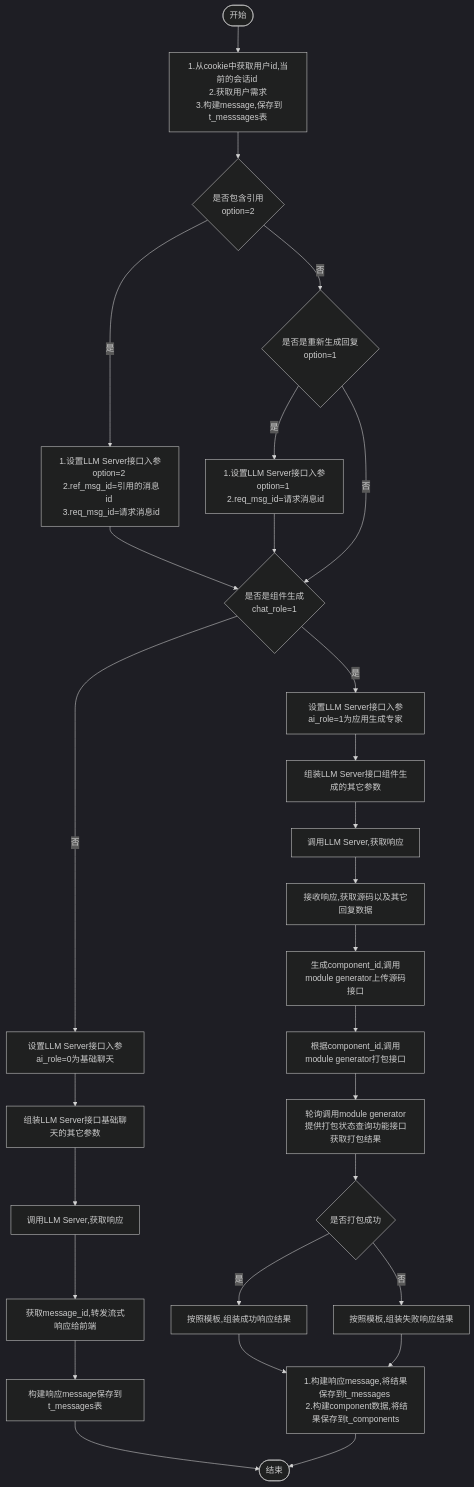
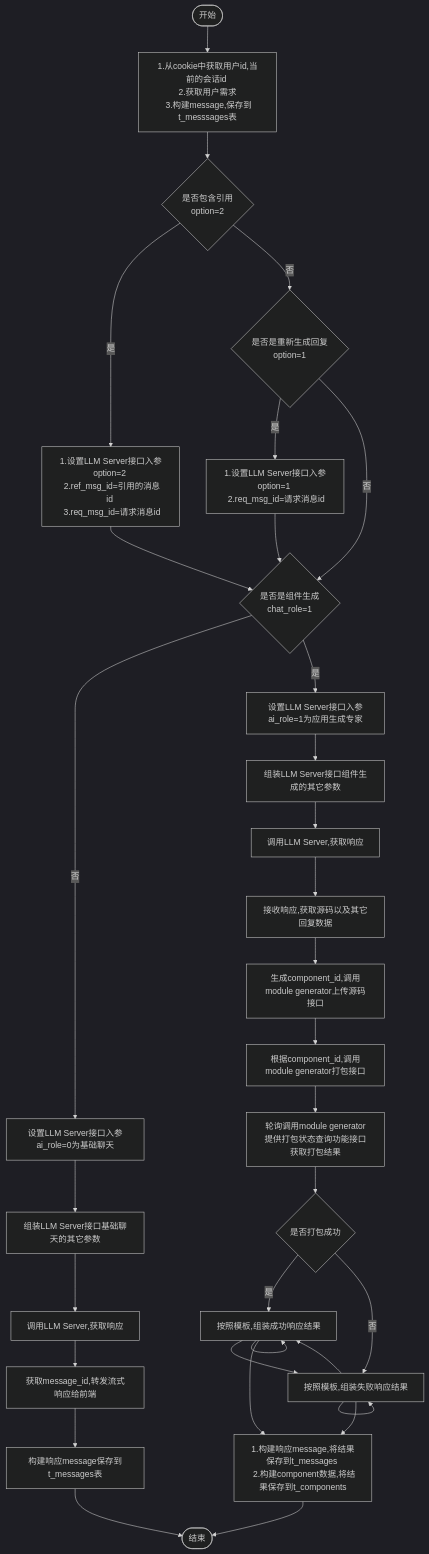
The diagram in all/w3-会话-不需要传递message.md (yingjianzh/iodraw-files), drawn with Mermaid (dark theme) before and after one commit.

Commit message:
2024-10-15 15:12:06 update

````diff
--- a/all/w3-会话-不需要传递message.md
+++ b/all/w3-会话-不需要传递message.md
@@ -1,35 +1,35 @@
 ```mermaid
 flowchart TD
     A([开始]) --> B[1.从cookie中获取用户id,当前的会话id \n 2.获取用户需求 \n 3.构建message,保存到t_messsages表]
     B--> D{是否包含引用 \n option=2}
     D -- 是 --> E[1.设置LLM Server接口入参option=2 \n 2.ref_msg_id=引用的消息id \n 3.req_msg_id=请求消息id]
     D -- 否 --> F{是否是重新生成回复\n option=1}
     F -- 是 --> G[1.设置LLM Server接口入参option=1 \n 2.req_msg_id=请求消息id]
     F -- 否 --> I
      
     E & G --> I{是否是组件生成 \n chat_role=1}
     I -- 否 --> K[设置LLM Server接口入参ai_role=0为基础聊天]
     I -- 是 --> J[设置LLM Server接口入参ai_role=1为应用生成专家]
     
 
     J --> L[组装LLM Server接口组件生成的其它参数]    
     K --> M[组装LLM Server接口基础聊天的其它参数]    
     M --> N[调用LLM Server,获取响应]    
     N --> O[获取message_id,转发流式响应给前端]
     O --> P[构建响应message保存到t_messages表]
     P --> R([结束])
 
 
     L --> S[调用LLM Server,获取响应]
     S --> T[接收响应,获取源码以及其它回复数据]
     T --> U[生成component_id,调用module generator上传源码接口]
     U --> V[根据component_id,调用module generator打包接口]
     V --> W[轮询调用module generator提供打包状态查询功能接口获取打包结果]
     W --> X{是否打包成功}
     X -- 是 --> Y[按照模板,组装成功响应结果]
     X -- 否 --> Z[按照模板,组装失败响应结果]
-    Y & X
+    Y & Z --> 
 
     Y & Z --> Result[1.构建响应message,将结果保存到t_messages \n 2.构建component数据,将结果保存到t_components]
     Result --> R
 ```
````
